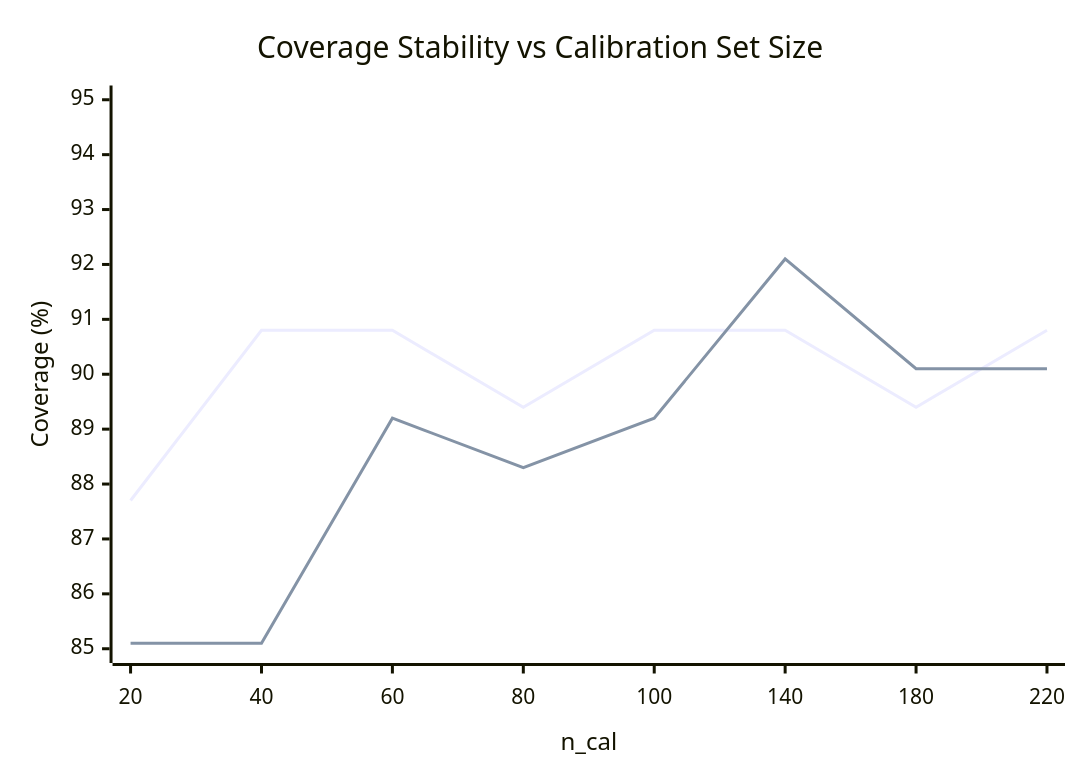
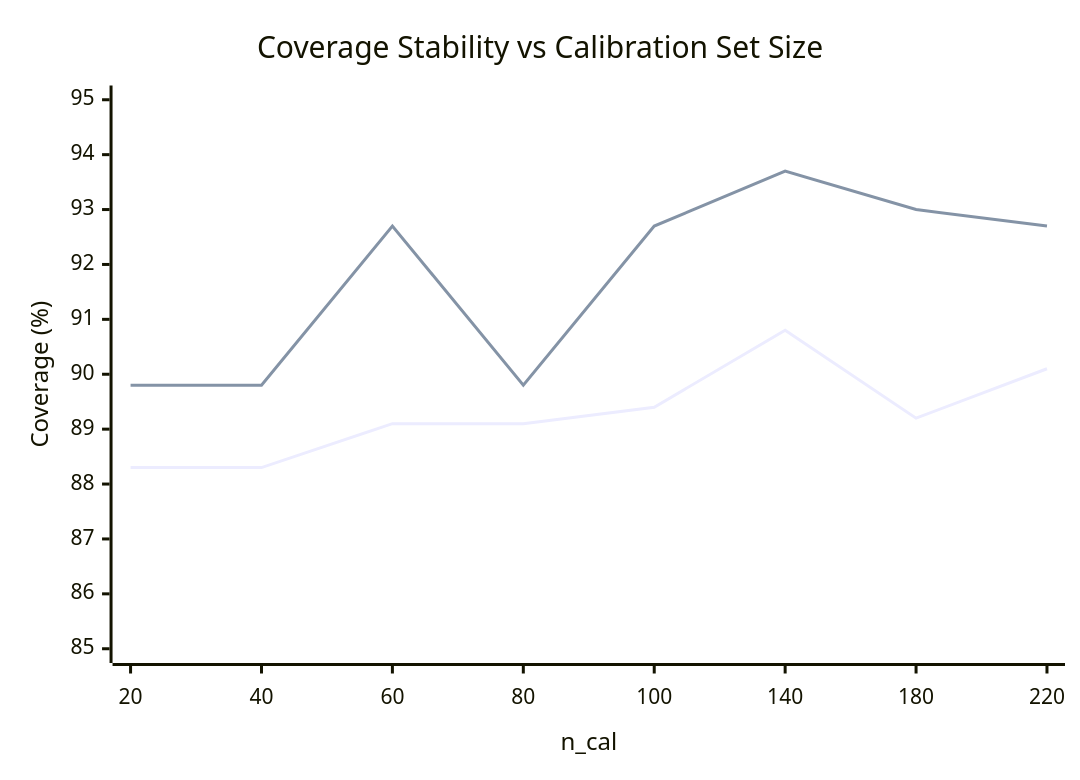
The second of 2 diagrams in README.md (fsvov/CRANE), drawn with Mermaid before and after one commit. The commit also changed other lines of this file and 1 other file, not shown here.

````diff
--- a/README.md
+++ b/README.md
@@ -138,8 +138,8 @@
 ```mermaid
 xychart-beta
     title "Coverage Stability vs Calibration Set Size"
     x-axis "n_cal" [20, 40, 60, 80, 100, 140, 180, 220]
     y-axis "Coverage (%)" 85 --> 95
-    line [87.7, 90.8, 90.8, 89.4, 90.8, 90.8, 89.4, 90.8]
-    line [85.1, 85.1, 89.2, 88.3, 89.2, 92.1, 90.1, 90.1]
+    line [88.3, 88.3, 89.1, 89.1, 89.4, 90.8, 89.2, 90.1]
+    line [89.8, 89.8, 92.7, 89.8, 92.7, 93.7, 93.0, 92.7]
 ```
````
